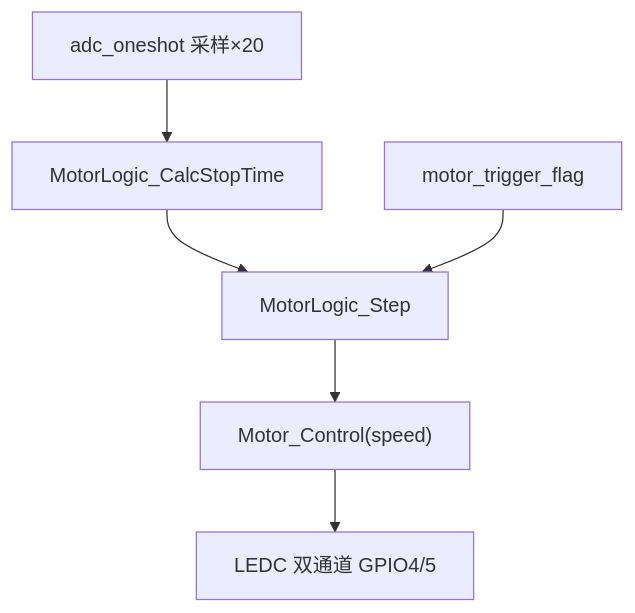
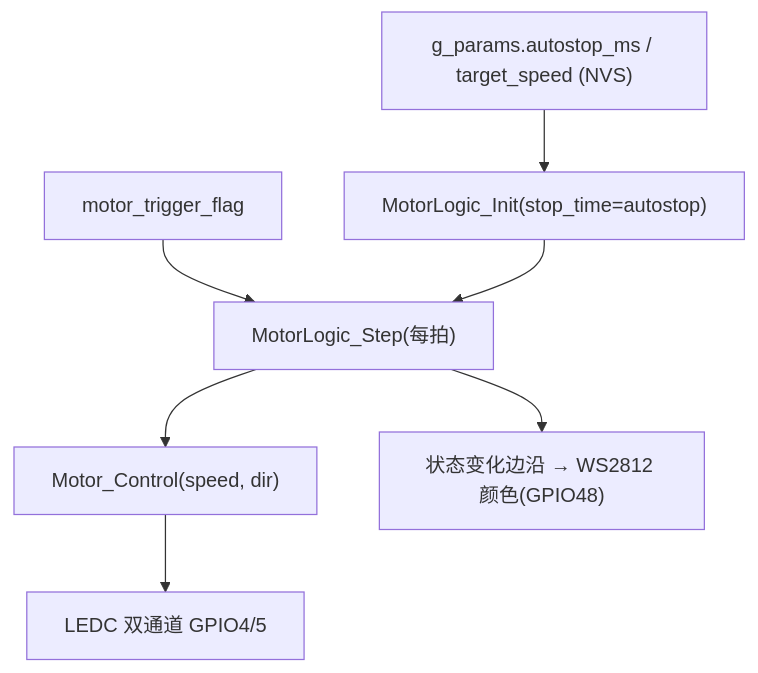
The second of 3 diagrams in docs/知识库/esp32_tts_baremetal/08_数据流与控制流.md (KNedwin/stm32-esp32-ai-test-car), drawn with Mermaid before and after one commit. The commit also changed other lines of this file and 205 other files, not shown here.

````diff
--- a/docs/知识库/esp32_tts_baremetal/08_数据流与控制流.md
+++ b/docs/知识库/esp32_tts_baremetal/08_数据流与控制流.md
@@ -17,8 +17,9 @@
 ```mermaid
 flowchart TD
-    ADC["adc_oneshot 采样×20"] --> CT["MotorLogic_CalcStopTime"]
-    CT --> S["MotorLogic_Step"]
-    TF["motor_trigger_flag"] --> S
-    S --> MC["Motor_Control(speed)"]
+    NVS["g_params.autostop_ms / target_speed (NVS)"] --> I["MotorLogic_Init(stop_time=autostop)"]
+    TF["motor_trigger_flag"] --> S["MotorLogic_Step(每拍)"]
+    I --> S
+    S --> MC["Motor_Control(speed, dir)"]
     MC --> PWM["LEDC 双通道 GPIO4/5"]
+    S --> RGB["状态变化边沿 → WS2812 颜色(GPIO48)"]
 ```
````
